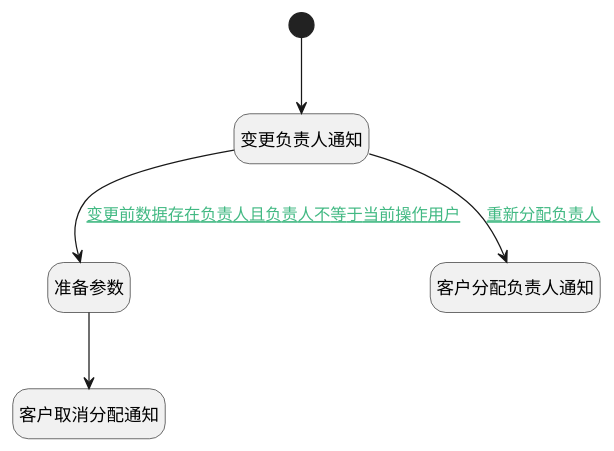
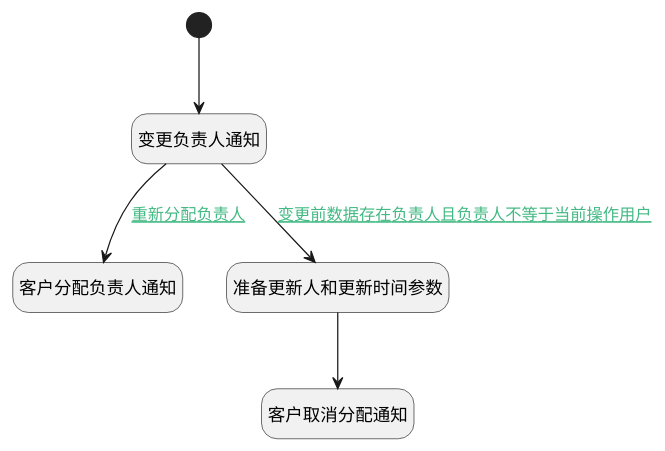
Before and after one commit to iBizLab/plm: the diagram in doc/docsify/module/ProdMgmt/customer/logic/assignee_onchage.md, drawn with PlantUML. The commit also changed other lines of this file and 1068 other files, not shown here.

````diff
--- a/doc/docsify/module/ProdMgmt/customer/logic/assignee_onchage.md
+++ b/doc/docsify/module/ProdMgmt/customer/logic/assignee_onchage.md
@@ -7,25 +7,25 @@
 ```plantuml
 @startuml
 hide empty description
 <style>
 root {
   HyperlinkColor #42b983
 }
 </style>
 
 hide empty description
 state "开始" as Begin <<start>> [[$./assignee_onchage#begin {"开始"}]]
 state "变更负责人通知" as DENOTIFY1  [[$./assignee_onchage#denotify1 {"变更负责人通知"}]]
-state "准备参数" as PREPAREPARAM1  [[$./assignee_onchage#prepareparam1 {"准备参数"}]]
+state "客户分配负责人通知" as DENOTIFY2  [[$./assignee_onchage#denotify2 {"客户分配负责人通知"}]]
+state "准备更新人和更新时间参数" as PREPAREPARAM1  [[$./assignee_onchage#prepareparam1 {"准备更新人和更新时间参数"}]]
 state "客户取消分配通知" as DENOTIFY3  [[$./assignee_onchage#denotify3 {"客户取消分配通知"}]]
-state "客户分配负责人通知" as DENOTIFY2  [[$./assignee_onchage#denotify2 {"客户分配负责人通知"}]]
 
 
 Begin --> DENOTIFY1
 DENOTIFY1 --> DENOTIFY2 : [[$./assignee_onchage#denotify1-denotify2{重新分配负责人} 重新分配负责人]]
 DENOTIFY1 --> PREPAREPARAM1 : [[$./assignee_onchage#denotify1-prepareparam1{变更前数据存在负责人且负责人不等于当前操作用户} 变更前数据存在负责人且负责人不等于当前操作用户]]
 PREPAREPARAM1 --> DENOTIFY3
 
 
 @enduml
 ```
````
